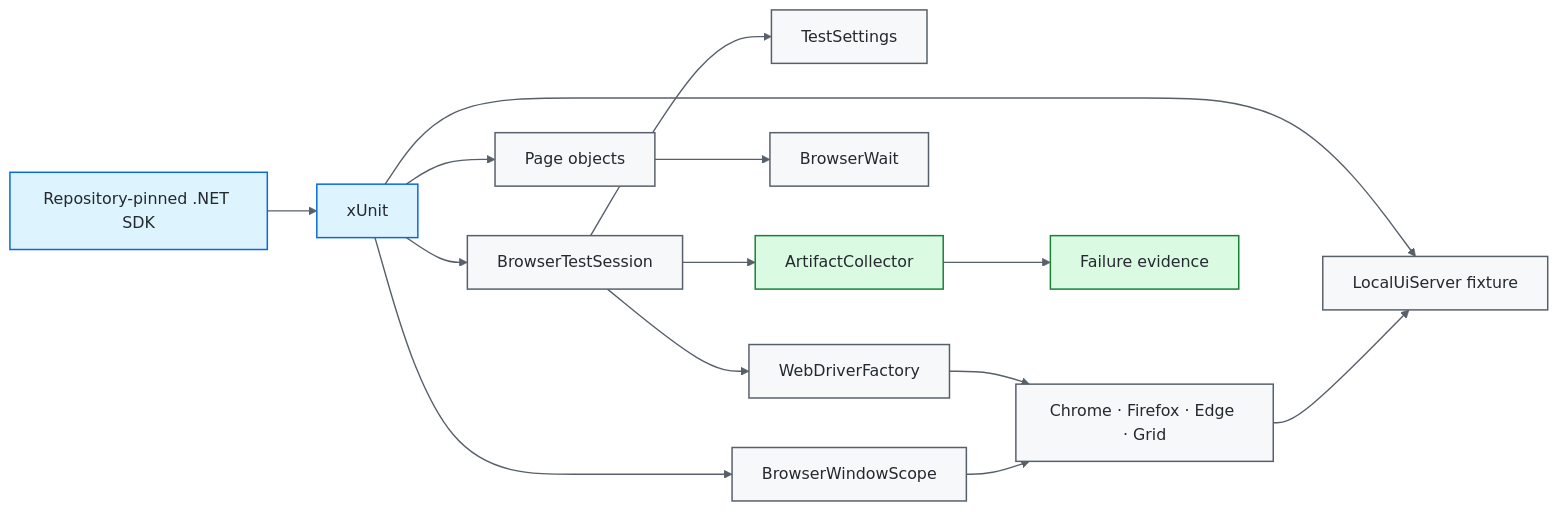
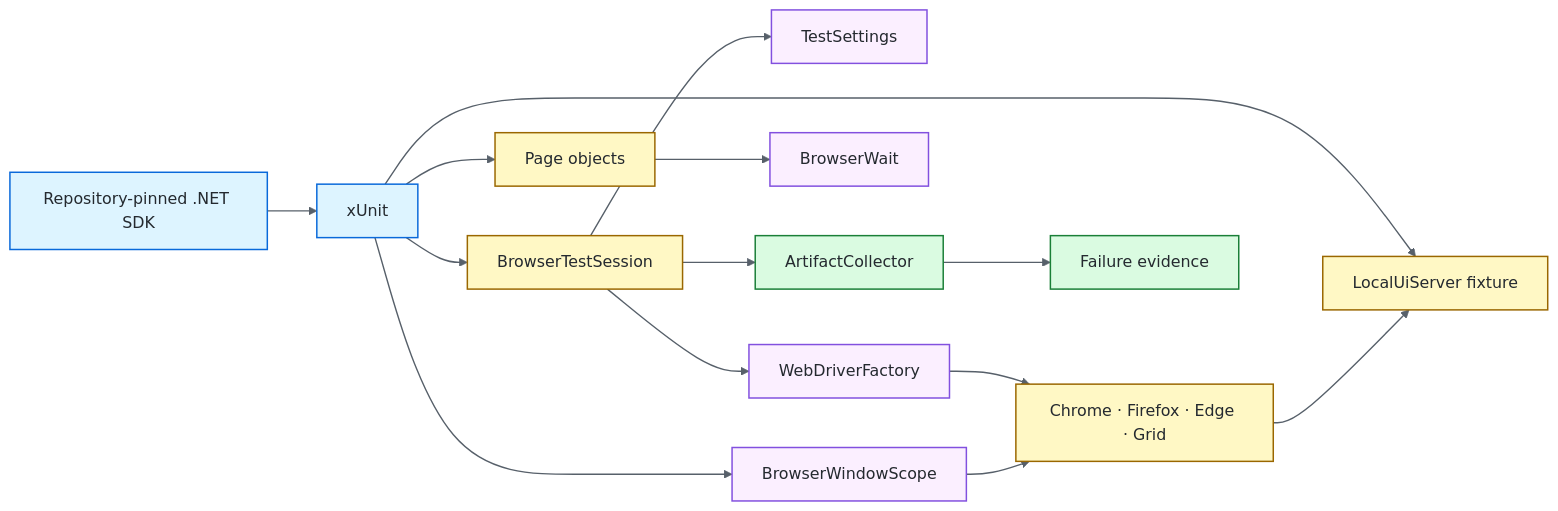
Before and after one commit to portyu9/qa-automation-dotnet-selenium: the first of 2 diagrams in README.md, drawn with Mermaid.

Commit message:
docs: polish README architecture diagram
Improve the root Mermaid diagram's semantic color hierarchy without changing framework behavior or documentation claims.

````diff
--- a/README.md
+++ b/README.md
@@ -42,24 +42,26 @@
 ```mermaid
 flowchart LR
     SDK[Repository-pinned .NET SDK] --> TEST[xUnit]
     TEST --> SESSION[BrowserTestSession]
     SESSION --> CFG[TestSettings]
     SESSION --> DRIVER[WebDriverFactory]
     TEST --> PAGE[Page objects]
     PAGE --> WAIT[BrowserWait]
     TEST --> FIX[LocalUiServer fixture]
     TEST --> WINDOW[BrowserWindowScope]
     DRIVER --> BROWSER[Chrome · Firefox · Edge · Grid]
     BROWSER --> FIX
     WINDOW --> BROWSER
     SESSION --> ART[ArtifactCollector]
     ART --> EV[Failure evidence]
 
     classDef entry fill:#ddf4ff,stroke:#0969da,color:#24292f,stroke-width:1.5px;
-    classDef core fill:#f6f8fa,stroke:#57606a,color:#24292f,stroke-width:1.5px;
+    classDef policy fill:#fbefff,stroke:#8250df,color:#24292f,stroke-width:1.5px;
+    classDef runtime fill:#fff8c5,stroke:#9a6700,color:#24292f,stroke-width:1.5px;
     classDef evidence fill:#dafbe1,stroke:#1a7f37,color:#24292f,stroke-width:1.5px;
     class SDK,TEST entry;
-    class SESSION,CFG,DRIVER,PAGE,WAIT,FIX,WINDOW,BROWSER core;
+    class CFG,DRIVER,WAIT,WINDOW policy;
+    class SESSION,PAGE,FIX,BROWSER runtime;
     class ART,EV evidence;
     linkStyle default stroke:#57606a,stroke-width:1.4px;
 ```
````
